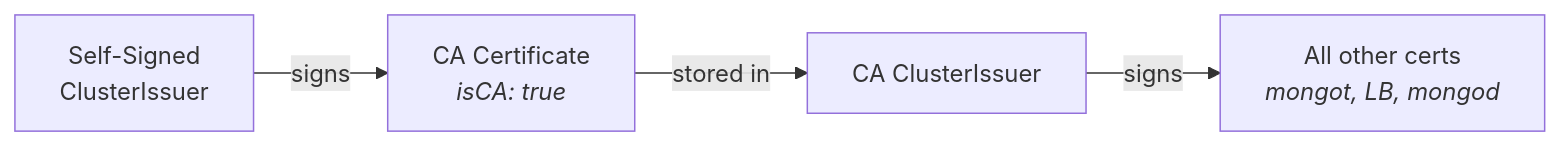
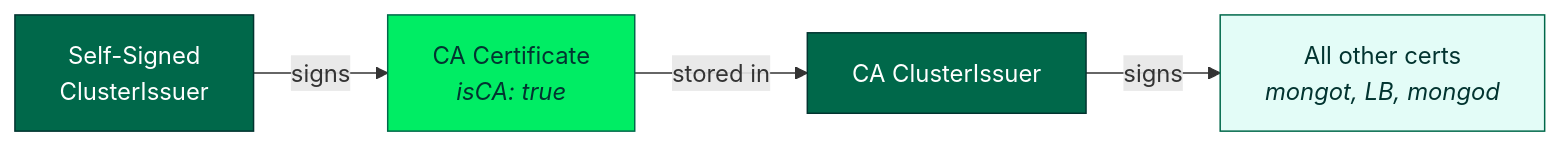
One commit to mongodb/mongodb-kubernetes changed the second of 2 diagrams in docs/search/11-search-rs-mongod-managed-lb/README.md. Above: the diagram before and after it, drawn with Mermaid. The commit also changed other lines of this file and 3 other files, not shown here.

Commit message:
Style Mermaid diagrams with MongoDB brand colors

````diff
--- a/docs/search/11-search-rs-mongod-managed-lb/README.md
+++ b/docs/search/11-search-rs-mongod-managed-lb/README.md
@@ -138,6 +151,14 @@
 ```mermaid
 graph LR
     A["Self-Signed<br/>ClusterIssuer"] -- signs --> B["CA Certificate<br/><i>isCA: true</i>"]
     B -- stored in --> C["CA ClusterIssuer"]
     C -- signs --> D["All other certs<br/><i>mongot, LB, mongod</i>"]
+
+    classDef issuer fill:#00684A,stroke:#023430,color:#fff
+    classDef cert fill:#00ED64,stroke:#00684A,color:#023430
+    classDef leaf fill:#E3FCF7,stroke:#00684A,color:#023430
+
+    class A,C issuer
+    class B cert
+    class D leaf
 ```
````
